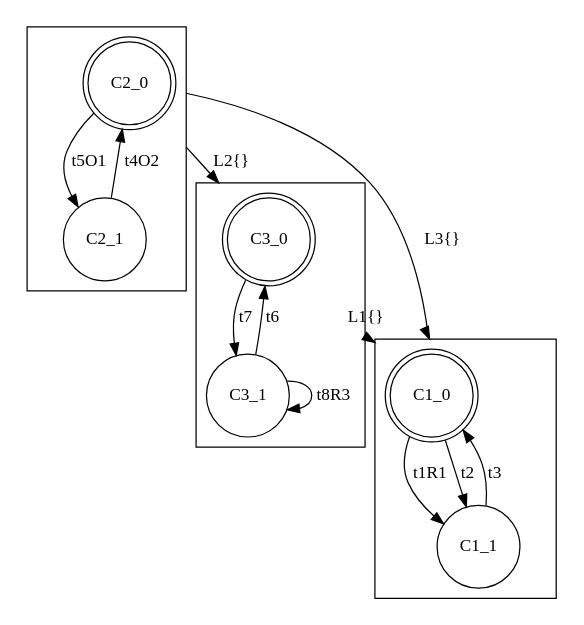
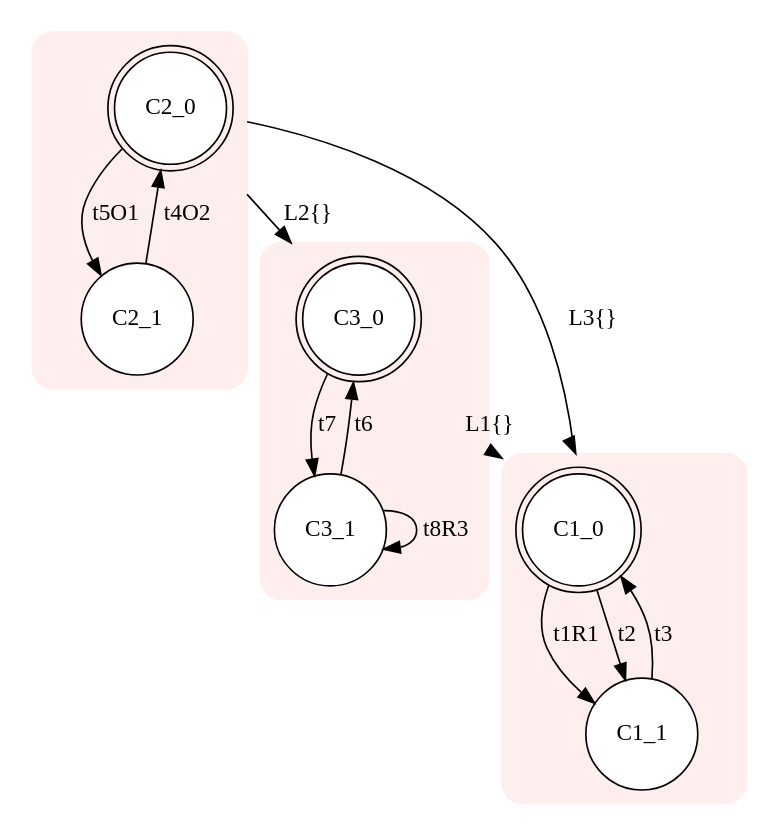
The diagram in input/i.dot (Stefano-BS/Explanatory-Diagnosis), drawn with Graphviz before and after one commit. The commit also changed 69 other files, not shown here.

```diff
--- a/input/i.dot
+++ b/input/i.dot
@@ -1,24 +1,26 @@
 digraph "input/i" {
-size="8,5"
-compound=true
-subgraph cluster1 {node [shape=doublecircle]; C1_0;
+node [style=filled fillcolor=white] compound=true
+subgraph cluster1 {
+style="rounded,filled" color="#FFEEEE"node [shape=doublecircle]; C1_0;
 node [shape=circle];
 C1_0 -> C1_1 [label="t1R1"];
 C1_0 -> C1_1 [label="t2"];
 C1_1 -> C1_0 [label="t3"];
 }
-subgraph cluster2 {node [shape=doublecircle]; C2_0;
+subgraph cluster2 {
+style="rounded,filled" color="#FFEEEE"node [shape=doublecircle]; C2_0;
 node [shape=circle];
 C2_1 -> C2_0 [label="t4O2"];
 C2_0 -> C2_1 [label="t5O1"];
 }
-subgraph cluster3 {node [shape=doublecircle]; C3_0;
+subgraph cluster3 {
+style="rounded,filled" color="#FFEEEE"node [shape=doublecircle]; C3_0;
 node [shape=circle];
 C3_1 -> C3_0 [label="t6"];
 C3_0 -> C3_1 [label="t7"];
 C3_1 -> C3_1 [label="t8R3"];
 }
 C3_0 -> C1_0 [ltail=cluster3 lhead=cluster1 label="L1{}"];
 C2_0 -> C3_0 [ltail=cluster2 lhead=cluster3 label="L2{}"];
 C2_0 -> C1_0 [ltail=cluster2 lhead=cluster1 label="L3{}"];
 }
```
